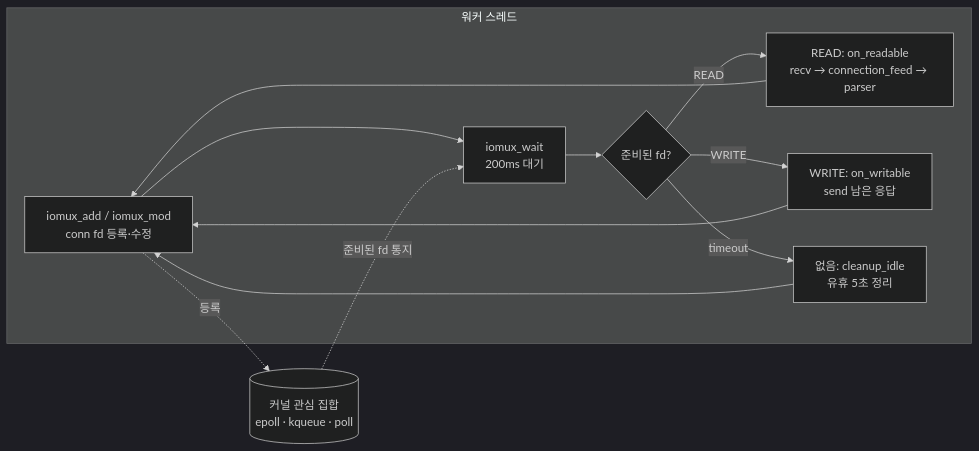
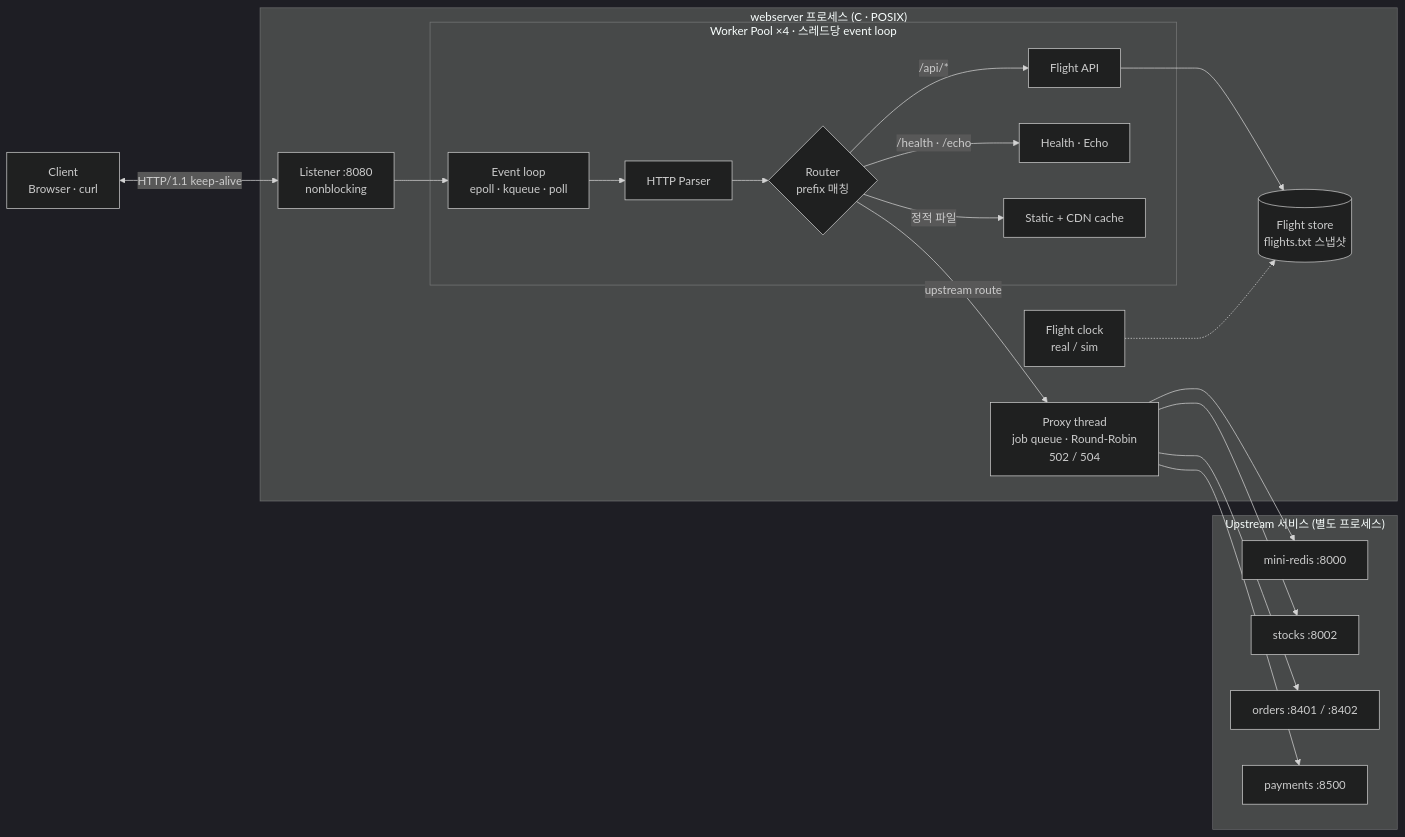
The diagram in README.md (choimoohun/SW-AI-W13-Web-Server), drawn with Mermaid (dark theme) before and after one commit. The commit also changed other lines of this file and 3 other files, not shown here.

````diff
--- a/README.md
+++ b/README.md
@@ -80,18 +74,23 @@
 ```mermaid
 flowchart LR
-    subgraph APP["워커 스레드"]
-        A["iomux_add / iomux_mod<br/>conn fd 등록·수정"]
-        B["iomux_wait<br/>200ms 대기"]
-        C{"준비된 fd?"}
-        D["READ: on_readable<br/>recv → connection_feed → parser"]
-        E["WRITE: on_writable<br/>send 남은 응답"]
-        F["없음: cleanup_idle<br/>유휴 5초 정리"]
-        A --> B --> C
-        C -->|READ| D --> A
-        C -->|WRITE| E --> A
-        C -->|timeout| F --> A
+    C["Client<br/>Browser · curl"] <-->|"HTTP/1.1 keep-alive"| L["Listener :8080<br/>nonblocking"]
+    subgraph S["webserver 프로세스 (C · POSIX)"]
+        L --> EL
+        subgraph W["Worker Pool ×4 · 스레드당 event loop"]
+            EL["Event loop<br/>epoll · kqueue · poll"] --> HP["HTTP Parser"] --> R{"Router<br/>prefix 매칭"}
+            R -->|"/api/*"| API["Flight API"]
+            R -->|"/health · /echo"| HC["Health · Echo"]
+            R -->|"정적 파일"| ST["Static + CDN cache"]
+        end
+        R -->|"upstream route"| P["Proxy thread<br/>job queue · Round-Robin<br/>502 / 504"]
+        API --> DB[("Flight store<br/>flights.txt 스냅샷")]
+        CLK["Flight clock<br/>real / sim"] -.-> DB
     end
-    K[("커널 관심 집합<br/>epoll · kqueue · poll")]
-    A -. 등록 .-> K
-    K -. 준비된 fd 통지 .-> B
+    subgraph U["Upstream 서비스 (별도 프로세스)"]
+        U1["mini-redis :8000"]
+        U2["stocks :8002"]
+        U3["orders :8401 / :8402"]
+        U4["payments :8500"]
+    end
+    P --> U1 & U2 & U3 & U4
 ```
````
